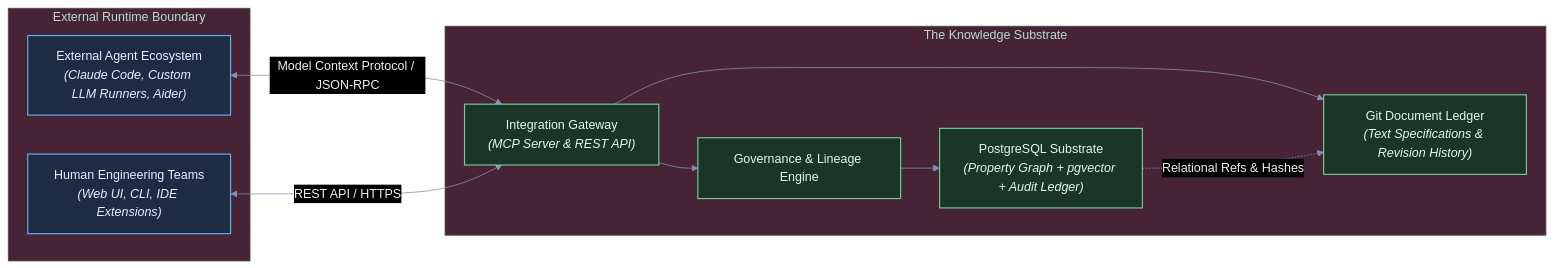
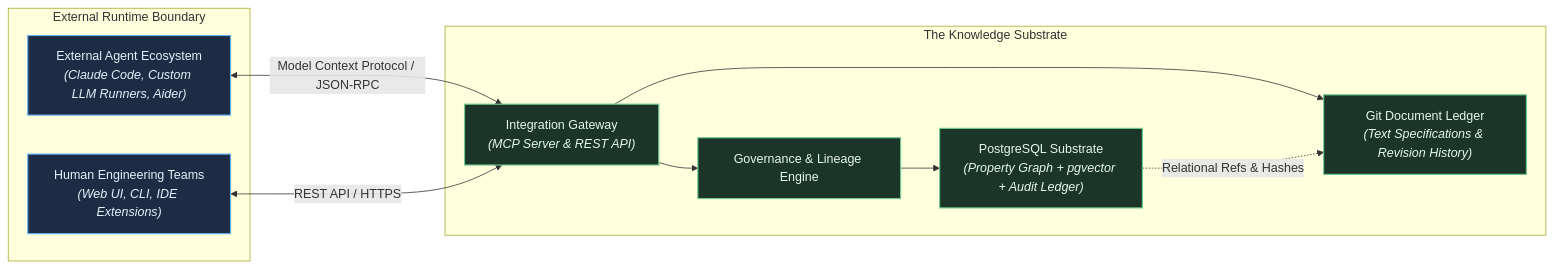
One commit to Shapedsundew9/tks changed the second of 4 diagrams in docs/vision/vision.md. Above: the diagram before and after it, drawn with Mermaid. The commit also changed other lines of this file and 8 other files, not shown here.

````diff
--- a/docs/vision/vision.md
+++ b/docs/vision/vision.md
@@ -113,41 +122,52 @@
 ```mermaid
 %%{init: {
   'theme': 'base',
   'themeVariables': {
     'darkMode': true,
     'background': '#161922',
     'mainBkg': '#1e2230',
     'nodeBorder': '#434c5e',
     'textColor': '#e2e8f0',
-    'fontFamily': 'ui-sans-serif, system-ui, sans-serif',
+    'fontFamily': 'ui-sans-serif, system-ui, -apple-system, BlinkMacSystemFont, "Segoe UI", Roboto, "Helvetica Neue", Arial, sans-serif',
+    'fontSize': '14px',
     'lineColor': '#8892b0',
-    'primaryColor': '#1b3528',
-    'primaryBorderColor': '#73c991',
-    'secondaryColor': '#1d2c44',
-    'secondaryBorderColor': '#61afef'
+    'primaryColor': '#422026',
+    'primaryTextColor': '#fde8ec',
+    'primaryBorderColor': '#e06c75',
+    'secondaryColor': '#1b3528',
+    'secondaryTextColor': '#e6f7ee',
+    'secondaryBorderColor': '#73c991',
+    'tertiaryColor': '#1d2c44',
+    'tertiaryTextColor': '#e4f0fc',
+    'tertiaryBorderColor': '#61afef',
+    'clusterBkg': '#13161f',
+    'clusterBorder': '#373e51',
+    'noteBkgColor': '#2e271a',
+    'noteTextColor': '#fdf4db',
+    'noteBorderColor': '#e5c07b',
+    'edgeLabelBackground': '#1a1d27'
   }
 }}%%
 flowchart LR
-    classDef boundary fill:#1d2c44,stroke:#61afef,stroke-width:1.5px,color:#e4f0fc;
-    classDef core fill:#1b3528,stroke:#73c991,stroke-width:1.5px,color:#e6f7ee;
+    classDef secondary fill:#1b3528,stroke:#73c991,stroke-width:1.5px,color:#e6f7ee;
+    classDef tertiary fill:#1d2c44,stroke:#61afef,stroke-width:1.5px,color:#e4f0fc;
 
     subgraph External["External Runtime Boundary"]
-        Agents["External Agent Ecosystem<br/><i>(Claude Code, Custom LLM Runners, Aider)</i>"]:::boundary
-        Users["Human Engineering Teams<br/><i>(Web UI, CLI, IDE Extensions)</i>"]:::boundary
+        Agents["External Agent Ecosystem<br/><i>(Claude Code, Custom LLM Runners, Aider)</i>"]:::tertiary
+        Users["Human Engineering Teams<br/><i>(Web UI, CLI, IDE Extensions)</i>"]:::tertiary
     end
 
     subgraph Substrate["The Knowledge Substrate"]
-        Gateway["Integration Gateway<br/><i>(MCP Server & REST API)</i>"]:::core
-        Governance["Governance & Lineage Engine"]:::core
-        PostgresStorage["PostgreSQL Substrate<br/><i>(Property Graph + pgvector + Audit Ledger)</i>"]:::core
-        GitStore["Git Document Ledger<br/><i>(Text Specifications & Revision History)</i>"]:::core
+        Gateway["Integration Gateway<br/><i>(MCP Server & REST API)</i>"]:::secondary
+        Governance["Governance & Lineage Engine"]:::secondary
+        PostgresStorage["PostgreSQL Substrate<br/><i>(Property Graph + pgvector + Audit Ledger)</i>"]:::secondary
+        GitStore["Git Document Ledger<br/><i>(Text Specifications & Revision History)</i>"]:::secondary
 
         Gateway --> Governance --> PostgresStorage
         Gateway --> GitStore
         PostgresStorage -.->|"Relational Refs & Hashes"| GitStore
     end
 
-    Agents <-->|Model Context Protocol / JSON-RPC| Gateway
-    Users <-->|REST API / HTTPS| Gateway
-
+    Agents <-->|"Model Context Protocol / JSON-RPC"| Gateway
+    Users <-->|"REST API / HTTPS"| Gateway
 ```
````
